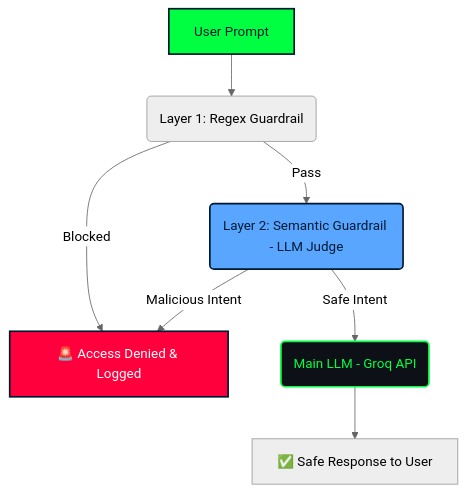
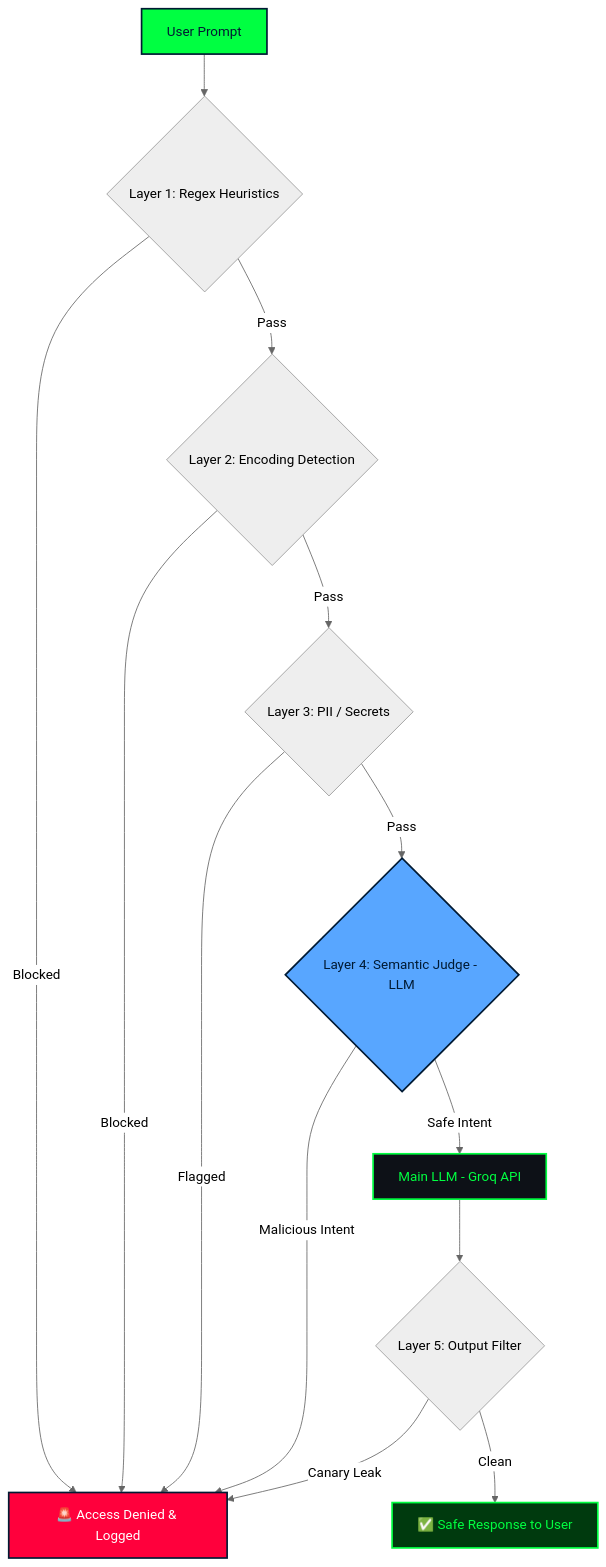
The diagram in README.md (codewarrior777/prompt-aegis), drawn with Mermaid (neutral theme) before and after one commit. The commit also changed other lines of this file, not shown here.

Commit message:
docs: align README with 5-layer architecture and telemetry features

````diff
--- a/README.md
+++ b/README.md
@@ -35,14 +46,21 @@
 ```mermaid
 graph TD
-    A[User Prompt] --> B(Layer 1: Regex Guardrail)
+    A[User Prompt] --> B{Layer 1: Regex Heuristics}
     B -->|Blocked| F[🚨 Access Denied & Logged]
-    B -->|Pass| C(Layer 2: Semantic Guardrail - LLM Judge)
-    C -->|Malicious Intent| F
-    C -->|Safe Intent| D(Main LLM - Groq API)
-    D --> E[✅ Safe Response to User]
-    
+    B -->|Pass| C{Layer 2: Encoding Detection}
+    C -->|Blocked| F
+    C -->|Pass| D{Layer 3: PII / Secrets}
+    D -->|Flagged| F
+    D -->|Pass| E{Layer 4: Semantic Judge - LLM}
+    E -->|Malicious Intent| F
+    E -->|Safe Intent| G[Main LLM - Groq API]
+    G --> H{Layer 5: Output Filter}
+    H -->|Canary Leak| F
+    H -->|Clean| I[✅ Safe Response to User]
+
     style A fill:#00ff41,stroke:#001a33,stroke-width:2px,color:#001a33
     style F fill:#ff003c,stroke:#001a33,stroke-width:2px,color:#fff
-    style C fill:#58a6ff,stroke:#001a33,stroke-width:2px,color:#001a33
-    style D fill:#0d1117,stroke:#00ff41,stroke-width:2px,color:#00ff41
+    style E fill:#58a6ff,stroke:#001a33,stroke-width:2px,color:#001a33
+    style G fill:#0d1117,stroke:#00ff41,stroke-width:2px,color:#00ff41
+    style I fill:#003a0e,stroke:#00ff41,stroke-width:2px,color:#00ff41
 ```
````
